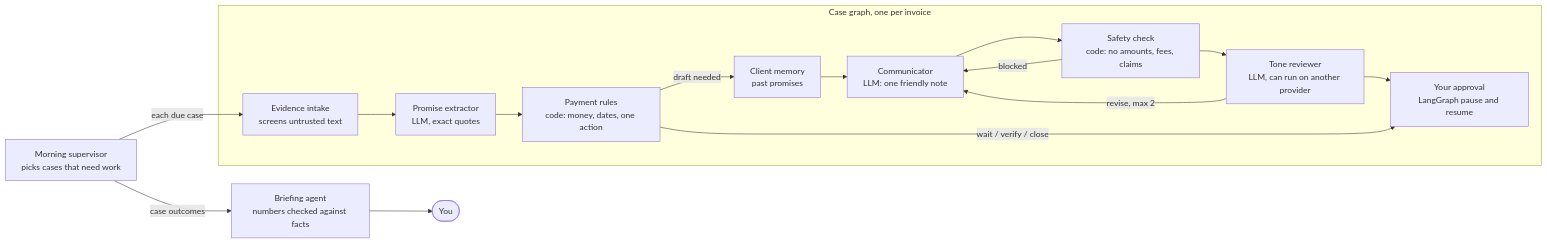
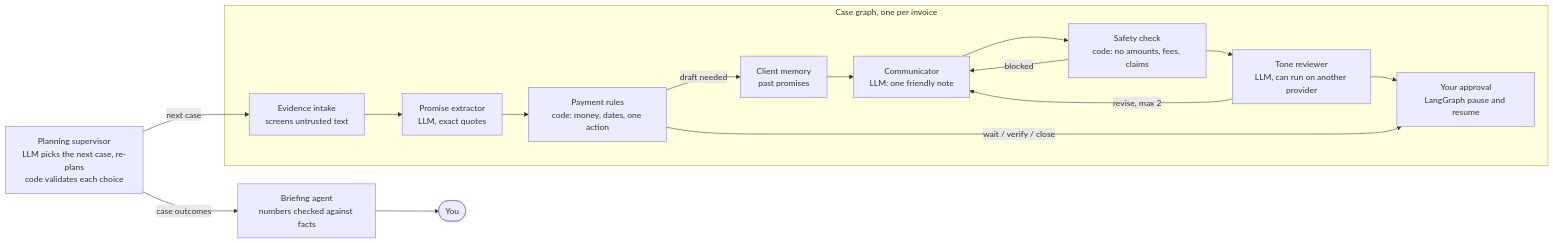
One commit to Natarajan92/promisekeeper changed the diagram in README.md. Above: the diagram before and after it, drawn with Mermaid. The commit also changed other lines of this file and 49 other files, not shown here.

First line of the commit message:
Add a planning morning supervisor, six demo cases and an urgent-first view

````diff
--- a/README.md
+++ b/README.md
@@ -9,18 +9,18 @@
 ```mermaid
 flowchart LR
-  SUP[Morning supervisor<br/>picks cases that need work] -->|each due case| IN
+  SUP[Planning supervisor<br/>LLM picks the next case, re-plans<br/>code validates each choice] -->|next case| IN
   SUP -->|case outcomes| BRF[Briefing agent<br/>numbers checked against facts]
   BRF --> OWN([You])
   subgraph CASE[Case graph, one per invoice]
     IN[Evidence intake<br/>screens untrusted text] --> EX[Promise extractor<br/>LLM, exact quotes]
     EX --> RU[Payment rules<br/>code: money, dates, one action]
     RU -->|draft needed| ME[Client memory<br/>past promises]
     ME --> CO[Communicator<br/>LLM: one friendly note]
     CO --> SC[Safety check<br/>code: no amounts, fees, claims]
     SC -->|blocked| CO
     SC --> TR[Tone reviewer<br/>LLM, can run on another provider]
     TR -->|revise, max 2| CO
     TR --> OW[Your approval<br/>LangGraph pause and resume]
     RU -->|wait / verify / close| OW
   end
 ```
````
